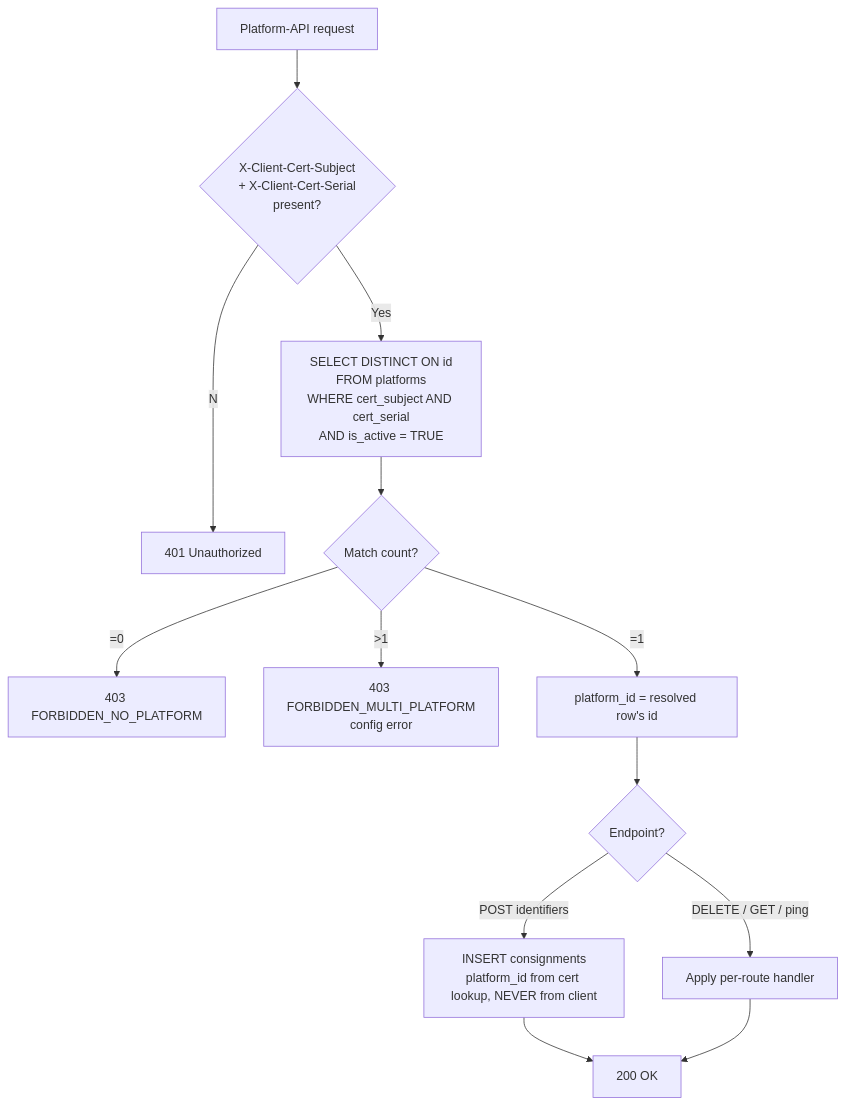
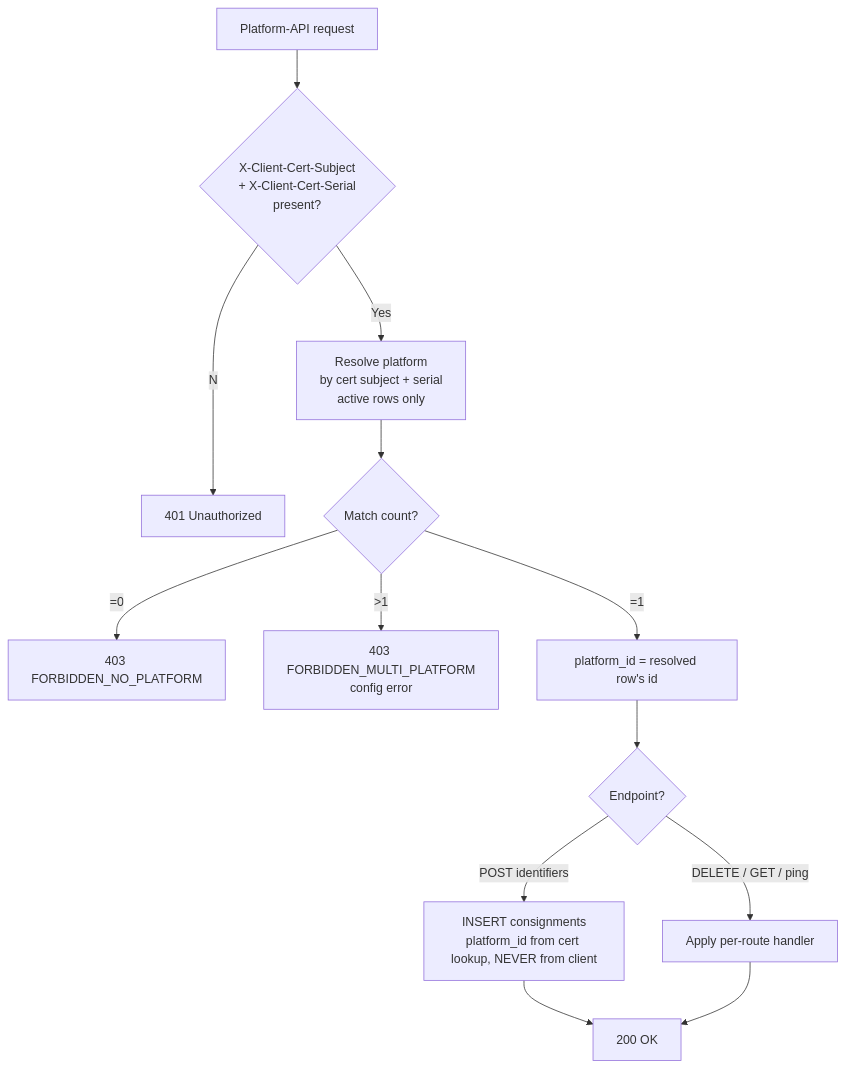
The second of 4 diagrams in docs/specs/permissions-matrix.md (kemit-ee/efti-gate-ee), drawn with Mermaid before and after one commit. The commit also changed other lines of this file and 32 other files, not shown here.

First line of the commit message:
spec: principle — contract not code; strip SQL queries from non-schema files; declare break-glass + revoke-token contracts

````diff
--- a/docs/specs/permissions-matrix.md
+++ b/docs/specs/permissions-matrix.md
@@ -101,15 +105,15 @@
 ```mermaid
 flowchart TD
     REQ[Platform-API request] --> CERT{X-Client-Cert-Subject<br/>+ X-Client-Cert-Serial<br/>present?}
     CERT --No--> R401[401 Unauthorized]
-    CERT --Yes--> LOOK[SELECT DISTINCT ON id<br/>FROM platforms<br/>WHERE cert_subject AND cert_serial<br/>AND is_active = TRUE]
+    CERT --Yes--> LOOK[Resolve platform<br/>by cert subject + serial<br/>active rows only]
     LOOK --> CNT{Match count?}
     CNT --=0--> R403N[403 FORBIDDEN_NO_PLATFORM]
     CNT -->|>1| R403M[403 FORBIDDEN_MULTI_PLATFORM<br/>config error]
     CNT -->|=1| BIND[platform_id = resolved row's id]
     BIND --> ROUTE{Endpoint?}
     ROUTE -->|POST identifiers| WRITE[INSERT consignments<br/>platform_id from cert lookup, NEVER from client]
     ROUTE -->|DELETE / GET / ping| RW[Apply per-route handler]
     WRITE --> OK[200 OK]
     RW --> OK
 ```
````
